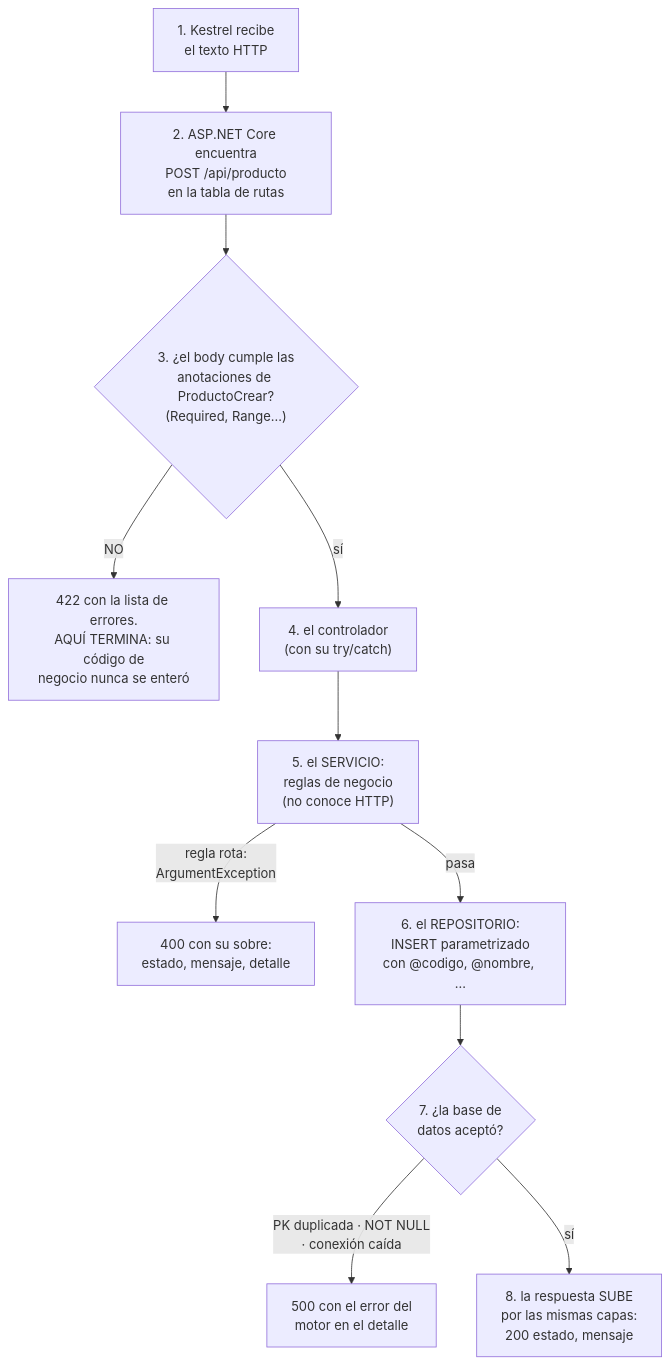
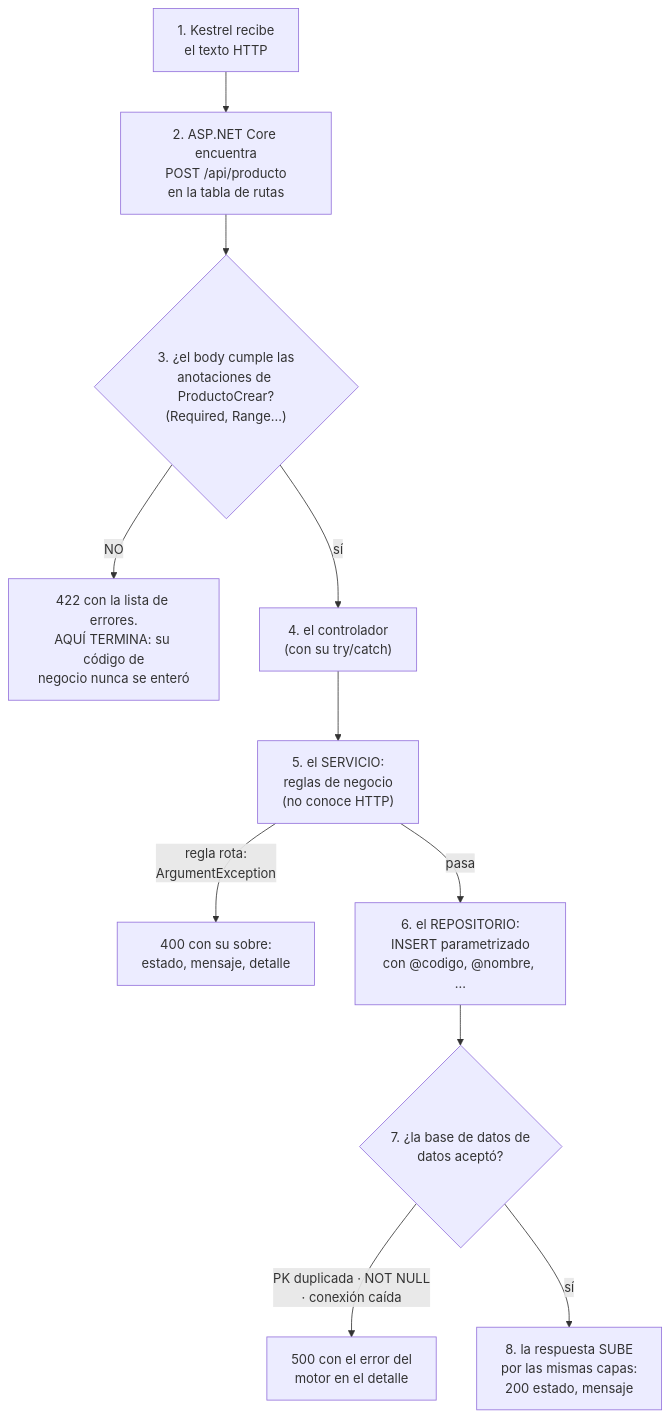
One commit to ccastro2050/proyecto_aplicacion_y_servicios_web4 changed the first of 2 diagrams in docs/conceptos/FLUJO_DE_UNA_PETICION.md. Above: the diagram before and after it, drawn with Mermaid. The commit also changed 64 other files, not shown here.

First line of the commit message:
docs: decir «la base de datos», no «la base»

````diff
--- a/docs/conceptos/FLUJO_DE_UNA_PETICION.md
+++ b/docs/conceptos/FLUJO_DE_UNA_PETICION.md
@@ -91,13 +91,13 @@
 ```mermaid
 flowchart TD
     A["1. Kestrel recibe<br/>el texto HTTP"] --> B["2. ASP.NET Core encuentra<br/>POST /api/producto<br/>en la tabla de rutas"]
     B --> C{"3. ¿el body cumple las<br/>anotaciones de ProductoCrear?<br/>(Required, Range...)"}
     C -->|"NO"| E422["422 con la lista de errores.<br/>AQUÍ TERMINA: su código de<br/>negocio nunca se enteró"]
     C -->|"sí"| D["4. el controlador<br/>(con su try/catch)"]
     D --> E["5. el SERVICIO:<br/>reglas de negocio<br/>(no conoce HTTP)"]
     E -->|"regla rota:<br/>ArgumentException"| E400["400 con su sobre:<br/>estado, mensaje, detalle"]
     E -->|"pasa"| F["6. el REPOSITORIO:<br/>INSERT parametrizado<br/>con @codigo, @nombre, ..."]
-    F --> G{"7. ¿la base de<br/>datos aceptó?"}
+    F --> G{"7. ¿la base de datos de<br/>datos aceptó?"}
     G -->|"PK duplicada · NOT NULL<br/>· conexión caída"| E500["500 con el error del<br/>motor en el detalle"]
     G -->|"sí"| OK["8. la respuesta SUBE<br/>por las mismas capas:<br/>200 estado, mensaje"]
 ```
````
